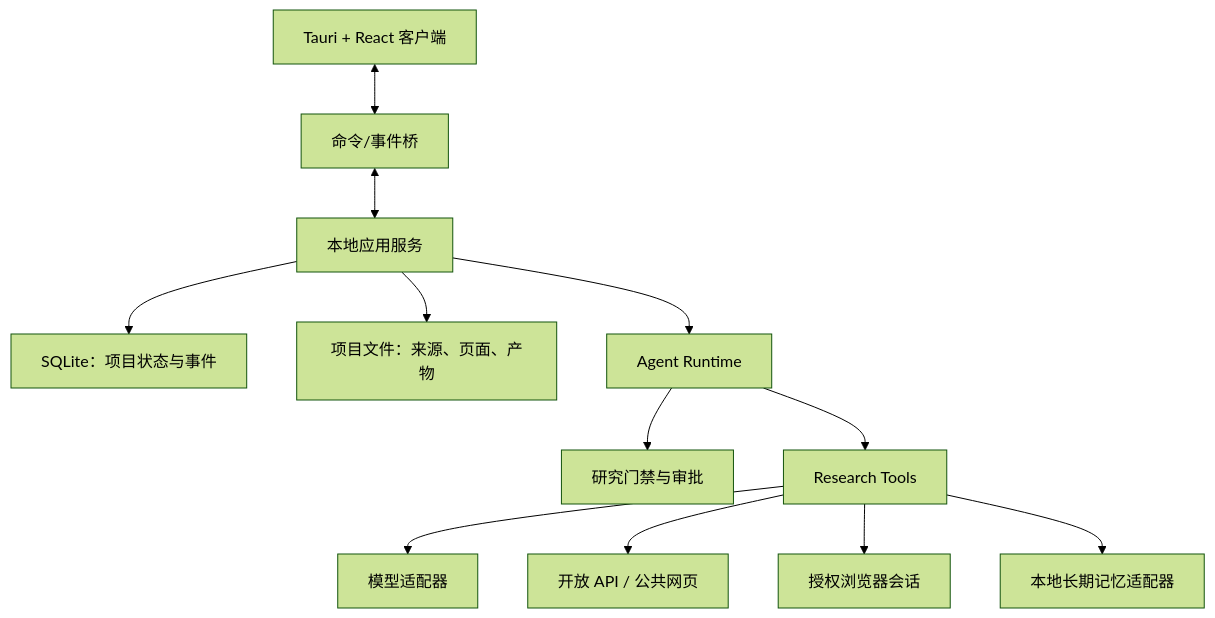
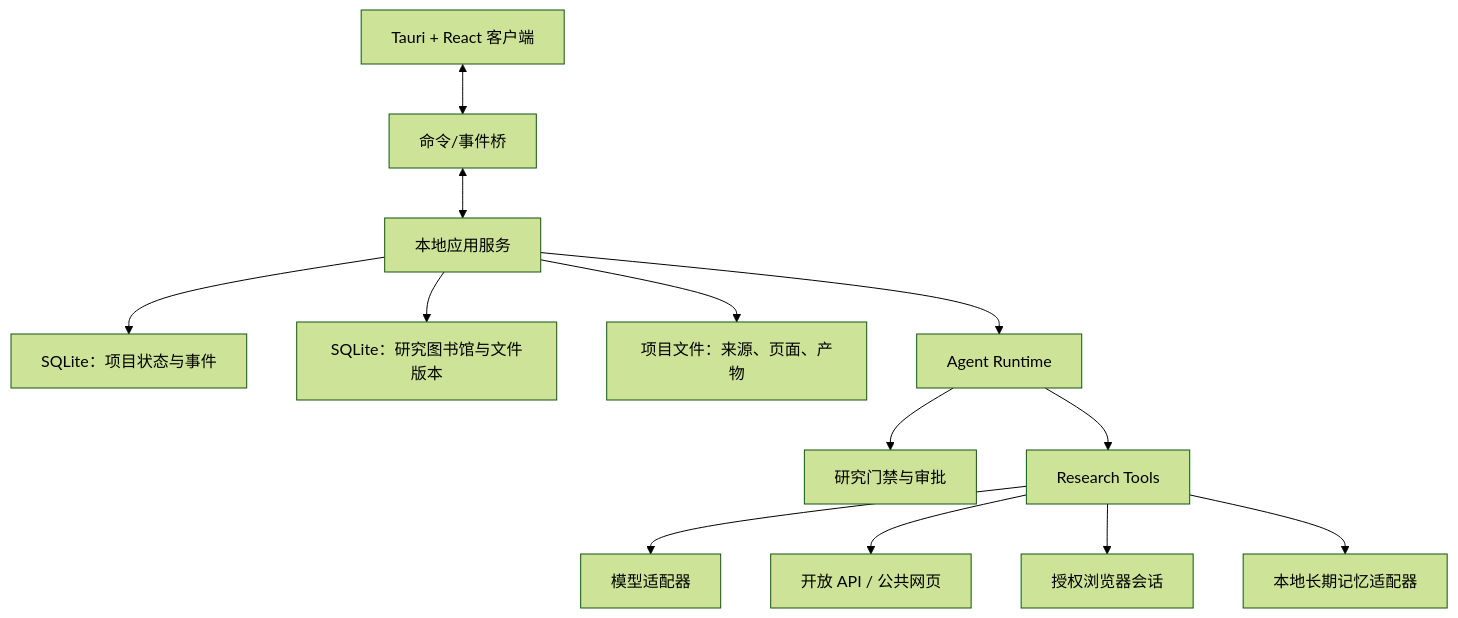
One commit to huanghaitck/wenjin changed the diagram in docs/ARCHITECTURE_V1.md. Above: the diagram before and after it, drawn with Mermaid (forest theme). The commit also changed other lines of this file and 7 other files, not shown here.

````diff
--- a/docs/ARCHITECTURE_V1.md
+++ b/docs/ARCHITECTURE_V1.md
@@ -12,14 +13,15 @@
 ```mermaid
 flowchart TB
     UI["Tauri + React 客户端"] <--> BRIDGE["命令/事件桥"]
     BRIDGE <--> APP["本地应用服务"]
     APP --> DB["SQLite：项目状态与事件"]
+    APP --> LIB["SQLite：研究图书馆与文件版本"]
     APP --> FS["项目文件：来源、页面、产物"]
     APP --> AGENT["Agent Runtime"]
     AGENT --> POLICY["研究门禁与审批"]
     AGENT --> TOOLS["Research Tools"]
     TOOLS --> MODEL["模型适配器"]
     TOOLS --> OPEN["开放 API / 公共网页"]
     TOOLS --> BROWSER["授权浏览器会话"]
     TOOLS --> MEMORY["本地长期记忆适配器"]
 ```
````
